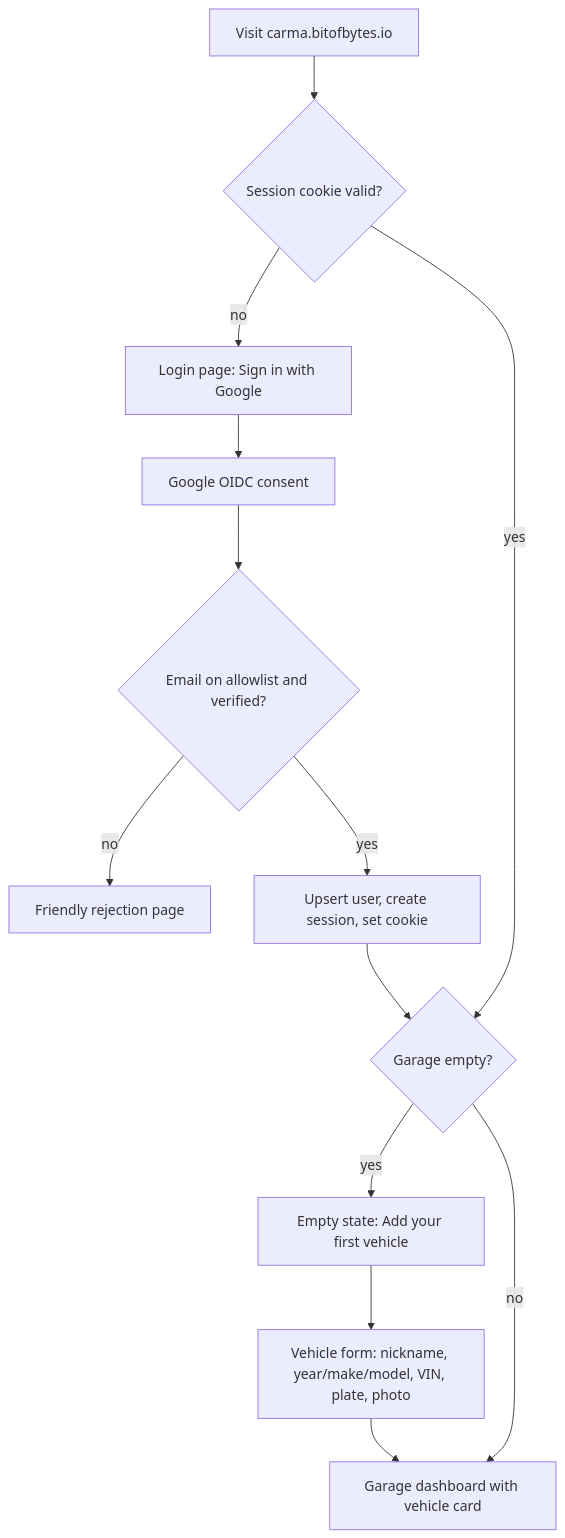
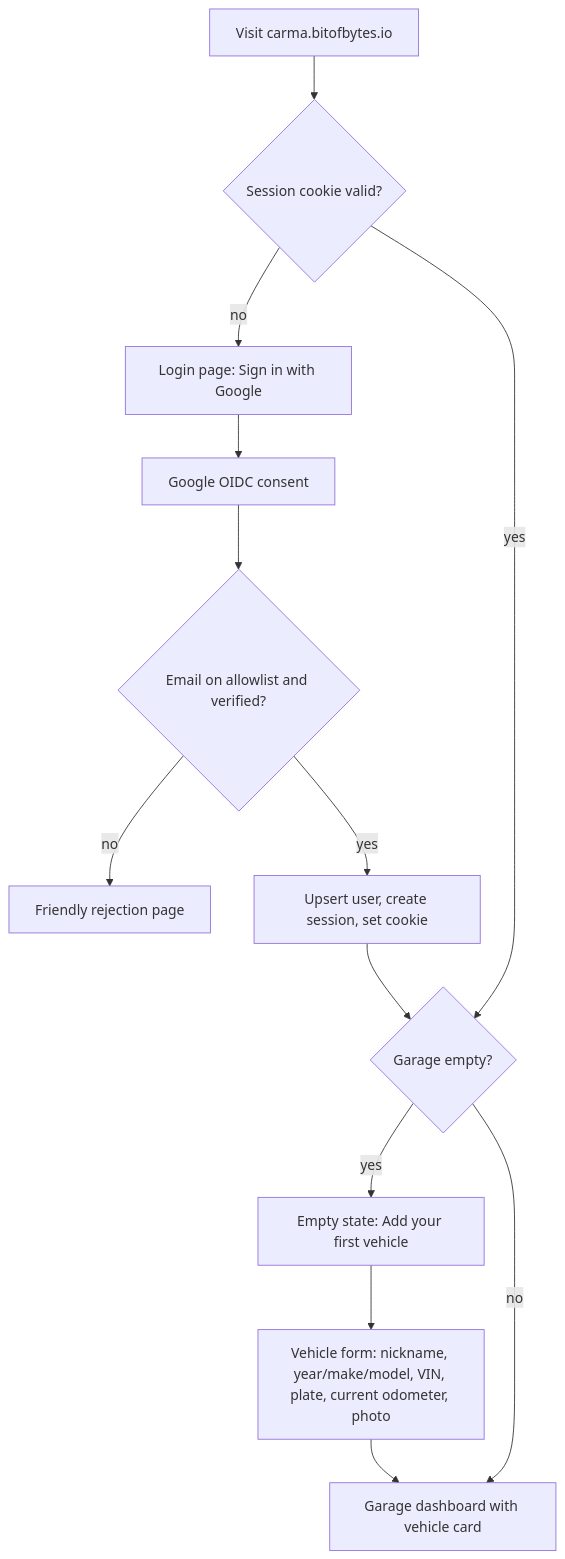
Before and after one commit to bitofbytes-io/carma: the first of 4 diagrams in docs/UI.md, drawn with Mermaid. The commit also changed other lines of this file and 17 other files, not shown here.

````diff
--- a/docs/UI.md
+++ b/docs/UI.md
@@ -32,15 +32,15 @@
 ```mermaid
 flowchart TD
   A[Visit carma.bitofbytes.io] --> B{Session cookie valid?}
   B -->|no| C[Login page: Sign in with Google]
   C --> D[Google OIDC consent]
   D --> E{Email on allowlist and verified?}
   E -->|no| F[Friendly rejection page]
   E -->|yes| G[Upsert user, create session, set cookie]
   G --> H{Garage empty?}
   B -->|yes| H
   H -->|yes| I[Empty state: Add your first vehicle]
-  I --> J[Vehicle form: nickname, year/make/model, VIN, plate, photo]
+  I --> J[Vehicle form: nickname, year/make/model, VIN, plate, current odometer, photo]
   J --> K[Garage dashboard with vehicle card]
   H -->|no| K
 ```
````
